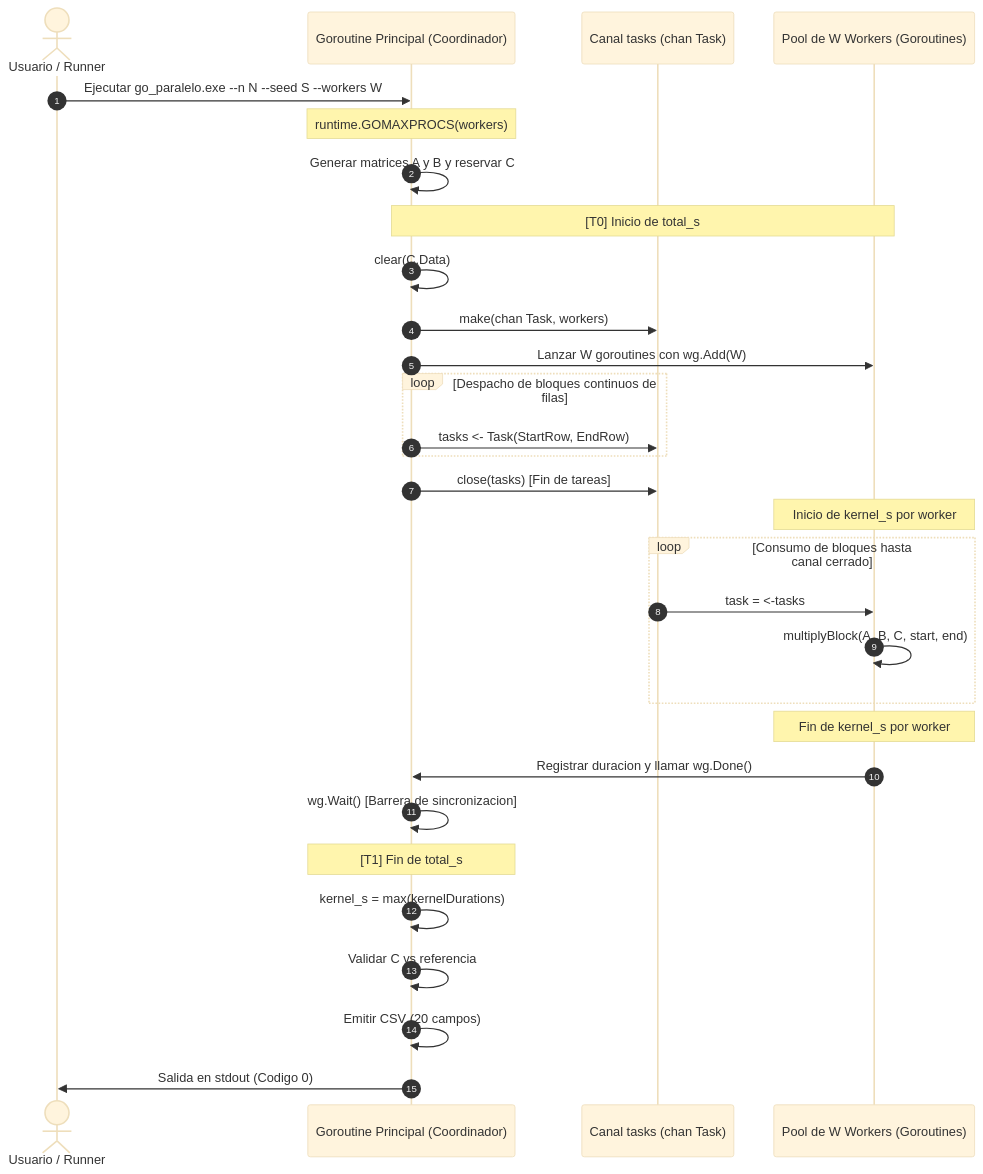
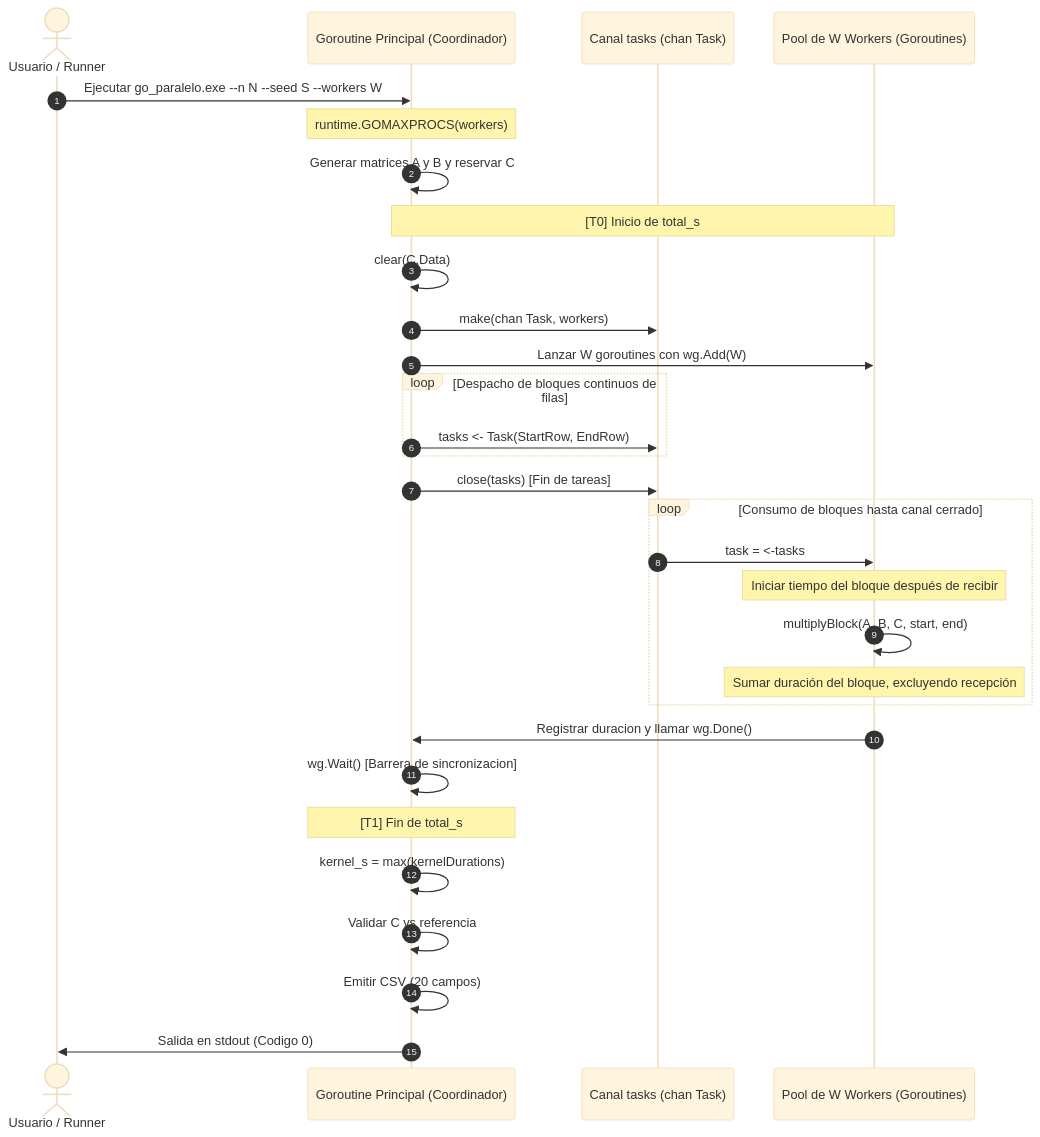
Before and after one commit to GiulianoMaPe/MatricesParalelas: the second of 2 diagrams in docs/arquitectura.md, drawn with Mermaid (base theme). The commit also changed other lines of this file and 220 other files, not shown here.

````diff
--- a/docs/arquitectura.md
+++ b/docs/arquitectura.md
@@ -360,38 +362,38 @@
 ```mermaid
 sequenceDiagram
     autonumber
     actor CLI as Usuario / Runner
     participant Main as Goroutine Principal (Coordinador)
     participant Ch as Canal tasks (chan Task)
     participant Pool as Pool de W Workers (Goroutines)
 
     CLI->>Main: Ejecutar go_paralelo.exe --n N --seed S --workers W
     Note over Main: runtime.GOMAXPROCS(workers)
     Main->>Main: Generar matrices A y B y reservar C
 
     Note over Main, Pool: [T0] Inicio de total_s
     Main->>Main: clear(C.Data)
     Main->>Ch: make(chan Task, workers)
     Main->>Pool: Lanzar W goroutines con wg.Add(W)
 
     loop Despacho de bloques continuos de filas
         Main->>Ch: tasks <- Task(StartRow, EndRow)
     end
     Main->>Ch: close(tasks) [Fin de tareas]
 
-    Note over Pool: Inicio de kernel_s por worker
     loop Consumo de bloques hasta canal cerrado
         Ch->>Pool: task = <-tasks
+        Note over Pool: Iniciar tiempo del bloque después de recibir
         Pool->>Pool: multiplyBlock(A, B, C, start, end)
+        Note over Pool: Sumar duración del bloque, excluyendo recepción
     end
-    Note over Pool: Fin de kernel_s por worker
 
     Pool->>Main: Registrar duracion y llamar wg.Done()
     Main->>Main: wg.Wait() [Barrera de sincronizacion]
     Note over Main: [T1] Fin de total_s
 
     Main->>Main: kernel_s = max(kernelDurations)
     Main->>Main: Validar C vs referencia
     Main->>Main: Emitir CSV (20 campos)
     Main->>CLI: Salida en stdout (Codigo 0)
 ```
````
